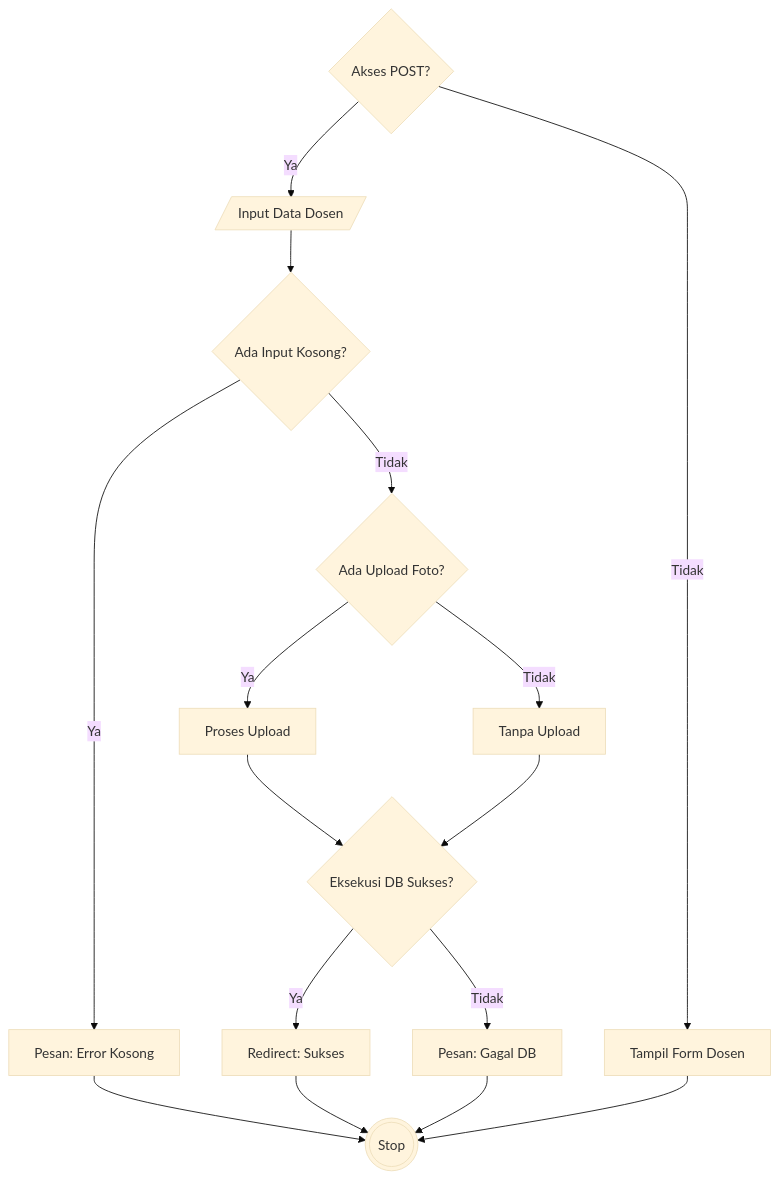
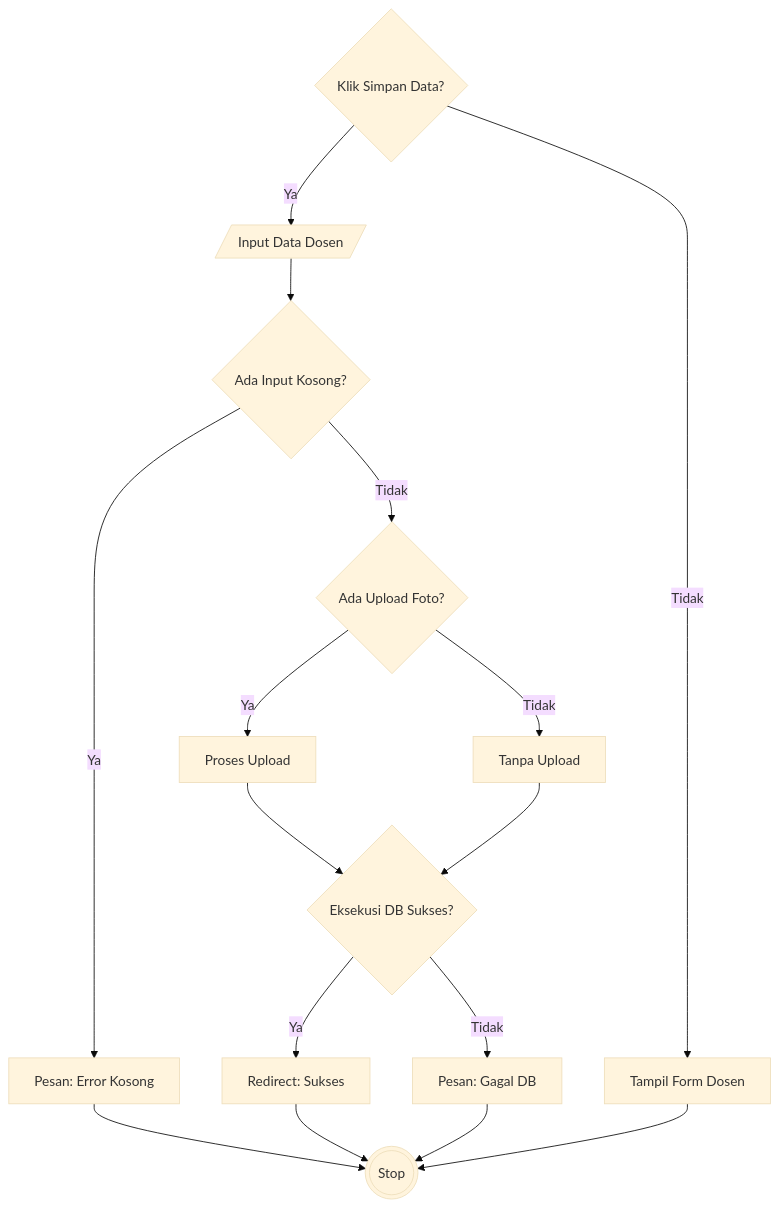
The fifth of 8 diagrams in docs/07_PENGUJIAN_WHITE_BOX.md (arbain-dev/Web_fikom), drawn with Mermaid (base theme) before and after one commit. The commit also changed other lines of this file, not shown here.

Commit message:
docs: tambahkan perhitungan white box alur kelola dosen

````diff
--- a/docs/07_PENGUJIAN_WHITE_BOX.md
+++ b/docs/07_PENGUJIAN_WHITE_BOX.md
@@ -258,23 +258,23 @@
 ```mermaid
 flowchart TD
-    1{Akses POST?} -->|Ya| 2[/Input Data Dosen/]
+    1{Klik Simpan Data?} -->|Ya| 2[/Input Data Dosen/]
     1 -->|Tidak| 11[Tampil Form Dosen]
     
     2 --> 3{Ada Input Kosong?}
     3 -->|Ya| 4[Pesan: Error Kosong]
     3 -->|Tidak| 5{Ada Upload Foto?}
     
     5 -->|Ya| 6[Proses Upload]
     5 -->|Tidak| 7[Tanpa Upload]
     
     6 --> 8{Eksekusi DB Sukses?}
     7 --> 8
     
     8 -->|Ya| 9[Redirect: Sukses]
     8 -->|Tidak| 10[Pesan: Gagal DB]
     
     4 --> 12(((Stop)))
     9 --> 12
     10 --> 12
     11 --> 12
 ```
````
